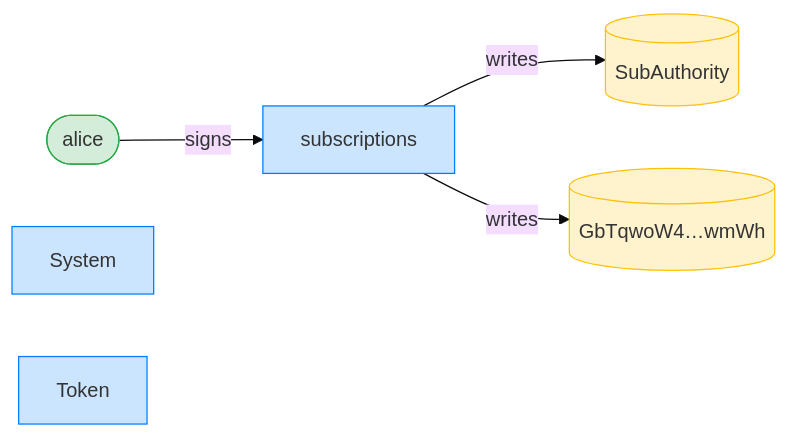
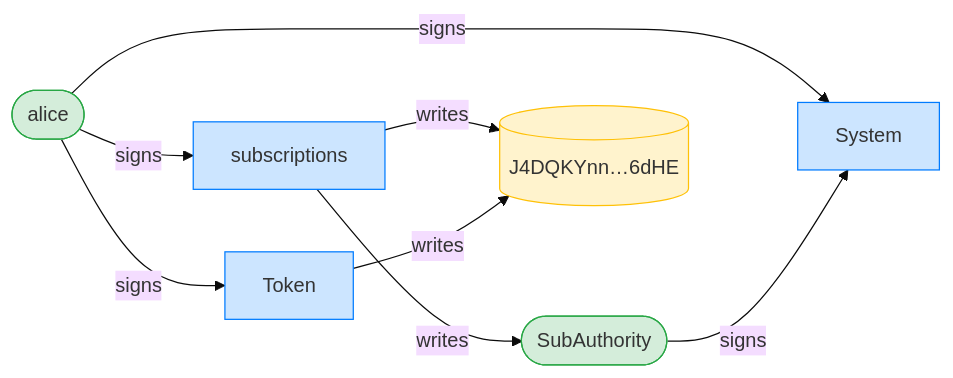
Before and after one commit to cds-rs/subscriptions: the third of 12 diagrams in dsl_tests/transfer-subscription--cancellation-blocks-the-next-period.md, drawn with Mermaid (base theme). The commit also changed other lines of this file and 224 other files, not shown here.

````diff
--- a/dsl_tests/transfer-subscription--cancellation-blocks-the-next-period.md
+++ b/dsl_tests/transfer-subscription--cancellation-blocks-the-next-period.md
@@ -55,15 +56,19 @@
 ```mermaid
 flowchart LR
     classDef signer fill:#d4edda,stroke:#28a745;
     classDef program fill:#cce5ff,stroke:#007bff;
     classDef writable fill:#fff3cd,stroke:#ffc107;
     subscriptions[subscriptions]:::program
     alice([alice]):::signer
-    SubAuthority[(SubAuthority)]:::writable
-    GbTqwoW4_wmWh[("GbTqwoW4…wmWh")]:::writable
+    SubAuthority([SubAuthority]):::signer
+    J4DQKYnn_6dHE[("J4DQKYnn…6dHE")]:::writable
     System[System]:::program
     Token[Token]:::program
     alice -->|signs| subscriptions
+    alice -->|signs| System
+    SubAuthority -->|signs| System
+    alice -->|signs| Token
     subscriptions -->|writes| SubAuthority
-    subscriptions -->|writes| GbTqwoW4_wmWh
+    subscriptions -->|writes| J4DQKYnn_6dHE
+    Token -->|writes| J4DQKYnn_6dHE
 ```
````
